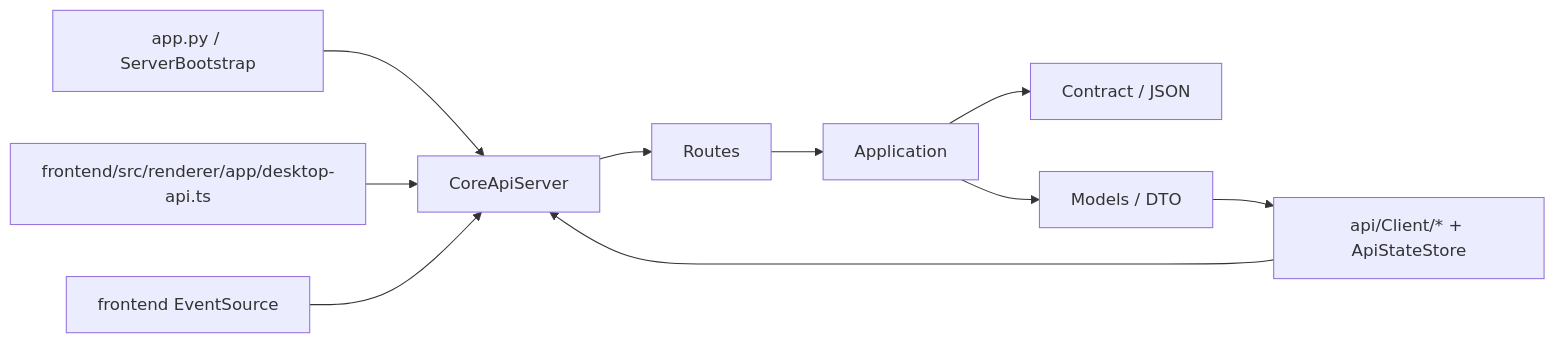
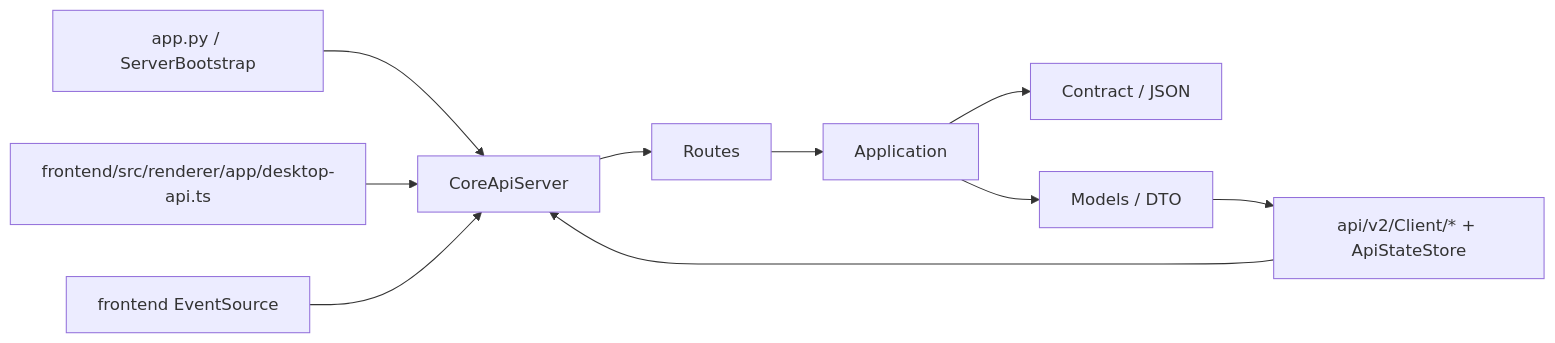
One commit to neavo/LinguaGacha changed the diagram in api/SPEC.md. Above: the diagram before and after it, drawn with Mermaid. The commit also changed other lines of this file and 335 other files, not shown here.

````diff
--- a/api/SPEC.md
+++ b/api/SPEC.md
@@ -33,13 +33,13 @@
 ```mermaid
 flowchart LR
     A["app.py / ServerBootstrap"] --> B["CoreApiServer"]
     B --> C["Routes"]
     C --> D["Application"]
     D --> E["Contract / JSON"]
     D --> I["Models / DTO"]
 
     F["frontend/src/renderer/app/desktop-api.ts"] --> B
     G["frontend EventSource"] --> B
-    H["api/Client/* + ApiStateStore"] --> B
+    H["api/v2/Client/* + ApiStateStore"] --> B
     I --> H
 ```
````
